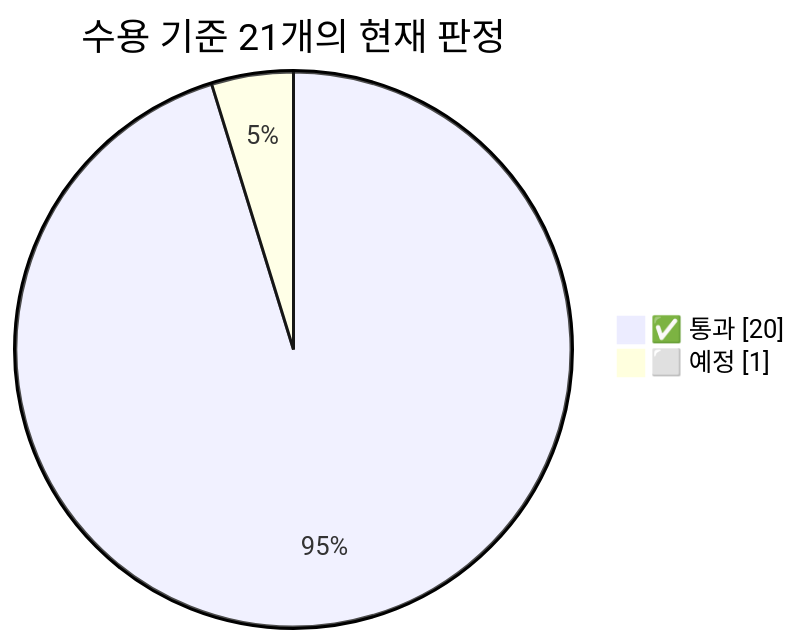
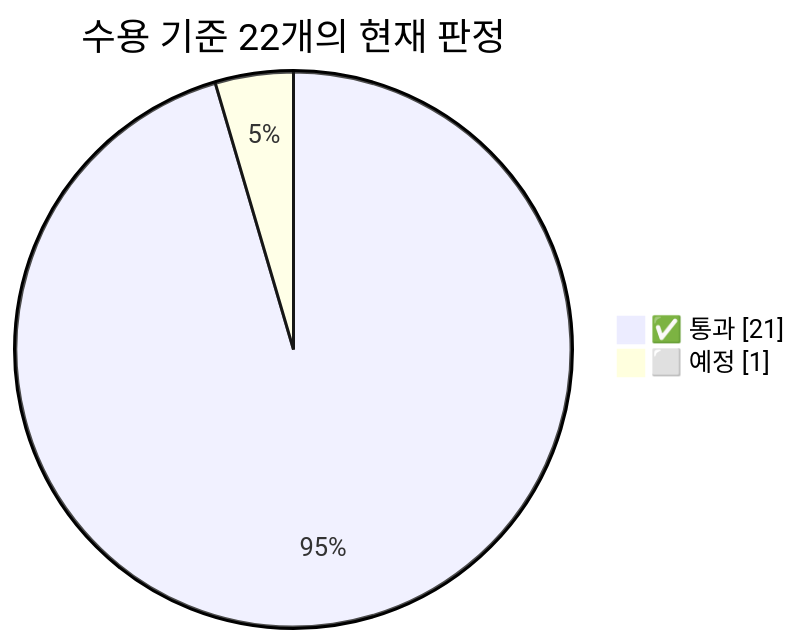
The fourth of 6 diagrams in docs/SPEC.md (Youngmin17/TriCast), drawn with Mermaid before and after one commit. The commit also changed other lines of this file and 5 other files, not shown here.

````diff
--- a/docs/SPEC.md
+++ b/docs/SPEC.md
@@ -446,6 +450,6 @@
 ```mermaid
 pie showData
-    title 수용 기준 21개의 현재 판정
-    "✅ 통과" : 20
+    title 수용 기준 22개의 현재 판정
+    "✅ 통과" : 21
     "⬜ 예정" : 1
 ```
````
